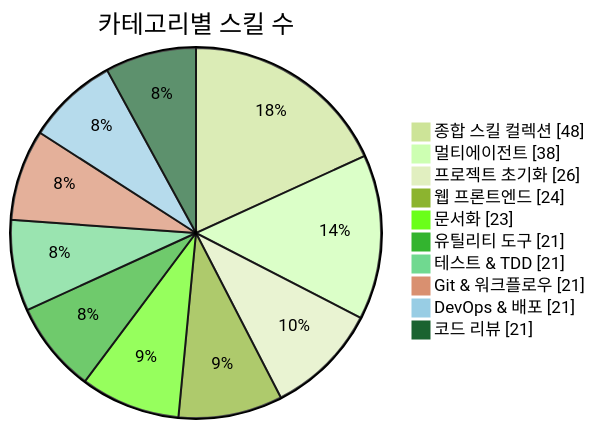
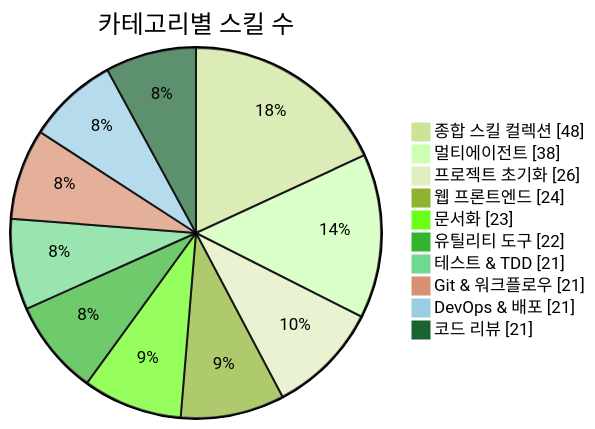
One commit to J-nowcow/awesome-korean-agent-skills changed the first of 3 diagrams in README.md. Above: the diagram before and after it, drawn with Mermaid (forest theme). The commit also changed other lines of this file and 3 other files, not shown here.

````diff
--- a/README.md
+++ b/README.md
@@ -176,14 +176,14 @@
 ```mermaid
 pie showData
     title 카테고리별 스킬 수
     "종합 스킬 컬렉션" : 48
     "멀티에이전트" : 38
     "프로젝트 초기화" : 26
     "웹 프론트엔드" : 24
     "문서화" : 23
-    "유틸리티 도구" : 21
+    "유틸리티 도구" : 22
     "테스트 & TDD" : 21
     "Git & 워크플로우" : 21
     "DevOps & 배포" : 21
     "코드 리뷰" : 21
 ```
````
